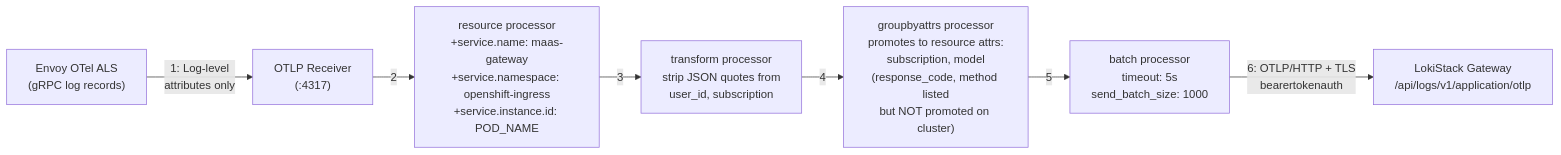
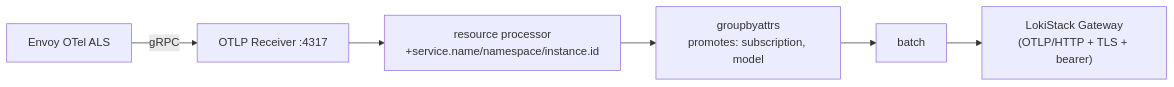
One commit to opendatahub-io/models-as-a-service changed the third of 4 diagrams in envoy-otel-structured-logs-plan.md. Above: the diagram before and after it, drawn with Mermaid. The commit also changed other lines of this file and 16 other files, not shown here.

````diff
--- a/envoy-otel-structured-logs-plan.md
+++ b/envoy-otel-structured-logs-plan.md
@@ -519,9 +126,8 @@
 ```mermaid
 flowchart LR
-    envoyALS["Envoy OTel ALS\n(gRPC log records)"] -->|"1: Log-level\nattributes only"| otlpRecv["OTLP Receiver\n(:4317)"]
-    otlpRecv -->|"2"| resourceProc["resource processor\n+service.name: maas-gateway\n+service.namespace: openshift-ingress\n+service.instance.id: POD_NAME"]
-    resourceProc -->|"3"| transformProc["transform processor\nstrip JSON quotes from\nuser_id, subscription"]
-    transformProc -->|"4"| groupbyProc["groupbyattrs processor\npromotes to resource attrs:\nsubscription, model\n(response_code, method listed\nbut NOT promoted on cluster)"]
-    groupbyProc -->|"5"| batchProc["batch processor\ntimeout: 5s\nsend_batch_size: 1000"]
-    batchProc -->|"6: OTLP/HTTP + TLS\nbearertokenauth"| lokiGw["LokiStack Gateway\n/api/logs/v1/application/otlp"]
+    envoyALS["Envoy OTel ALS"] -->|"gRPC"| otlpRecv["OTLP Receiver :4317"]
+    otlpRecv --> resourceProc["resource processor\n+service.name/namespace/instance.id"]
+    resourceProc --> groupbyProc["groupbyattrs\npromotes: subscription, model"]
+    groupbyProc --> batchProc["batch"]
+    batchProc --> lokiGw["LokiStack Gateway\n(OTLP/HTTP + TLS + bearer)"]
 ```
````
